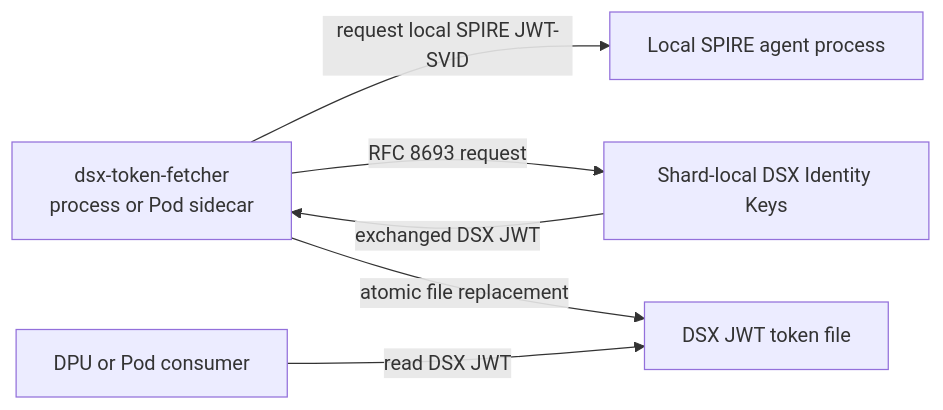
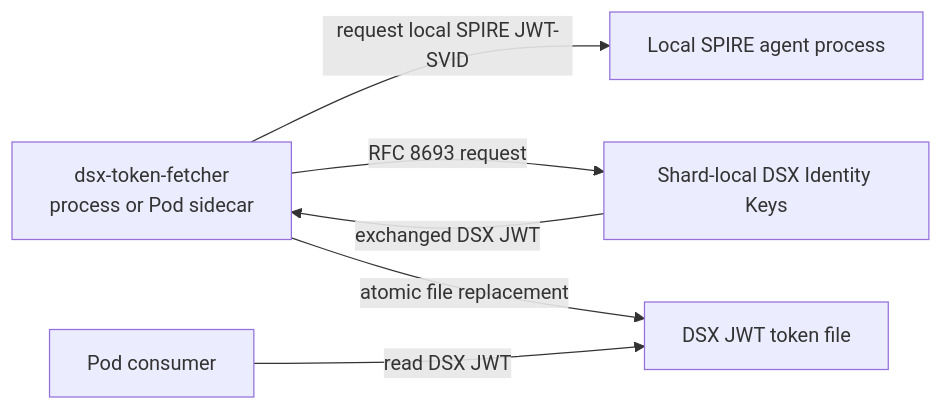
The diagram in cmd/dsx-token-fetcher/README.md (dsx-ai-factory/nvidia-workload-identity), drawn with Mermaid before and after one commit. The commit also changed other lines of this file and 34 other files, not shown here.

````diff
--- a/cmd/dsx-token-fetcher/README.md
+++ b/cmd/dsx-token-fetcher/README.md
@@ -8,8 +8,8 @@
 ```mermaid
 flowchart LR
     Fetcher["dsx-token-fetcher<br/>process or Pod sidecar"] -->|"request local SPIRE JWT-SVID"| Agent["Local SPIRE agent process"]
     Fetcher -->|"RFC 8693 request"| IdentityKeys["Shard-local DSX Identity Keys"]
     IdentityKeys -->|"exchanged DSX JWT"| Fetcher
     Fetcher -->|"atomic file replacement"| File["DSX JWT token file"]
-    Consumer["DPU or Pod consumer"] -->|"read DSX JWT"| File
+    Consumer["Pod consumer"] -->|"read DSX JWT"| File
 ```
````
